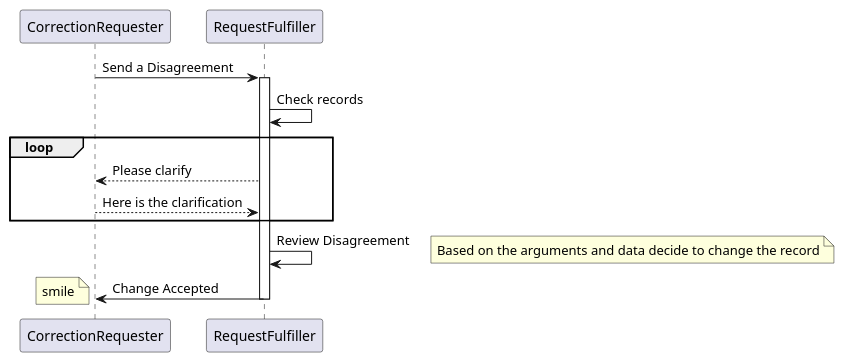
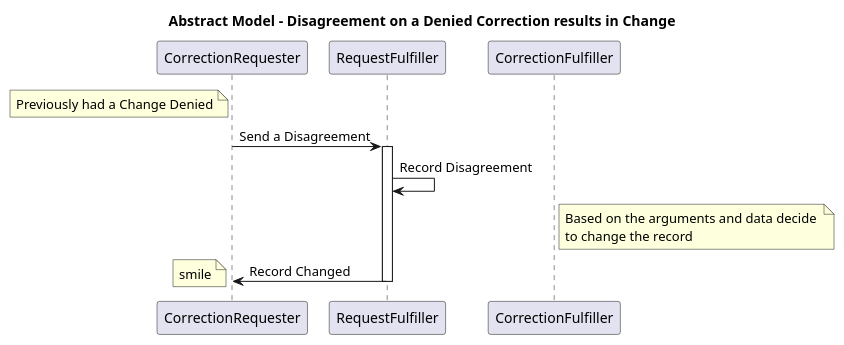
One commit to HL7/fhir-patient-correction changed the diagram in input/images-source/use-case-3.plantuml. Above: the diagram before and after it, drawn with PlantUML. The commit also changed 24 other files, not shown here.

Commit message:
cleanup sequence diagrams, remove old ones, and add details in Communication flow

```diff
--- a/input/images-source/use-case-3.plantuml
+++ b/input/images-source/use-case-3.plantuml
@@ -1,19 +1,21 @@
 @startuml
-note left: Previously had a Change Rejected
+title Abstract Model - Disagreement on a Denied Correction results in Change
+
+note left of CorrectionRequester
+Previously had a Change Denied
+end note
+
 CorrectionRequester->RequestFulfiller : Send a Disagreement
 Activate RequestFulfiller
-RequestFulfiller->RequestFulfiller : Check records
+RequestFulfiller->RequestFulfiller : Record Disagreement
 
-loop
-   RequestFulfiller-->CorrectionRequester : Please clarify
-   CorrectionRequester-->RequestFulfiller : Here is the clarification
-end
-
-
-RequestFulfiller->RequestFulfiller : Review Disagreement
-note right: Based on the arguments and data decide to change the record
-RequestFulfiller->CorrectionRequester : Change Accepted
+note right of CorrectionFulfiller
+Based on the arguments and data decide 
+to change the record
+end note
+RequestFulfiller->CorrectionRequester : Record Changed
 Deactivate RequestFulfiller
 
 note left: smile
+
 @enduml
```
